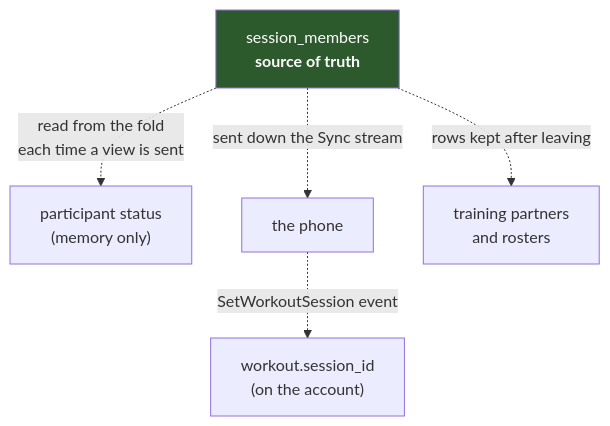
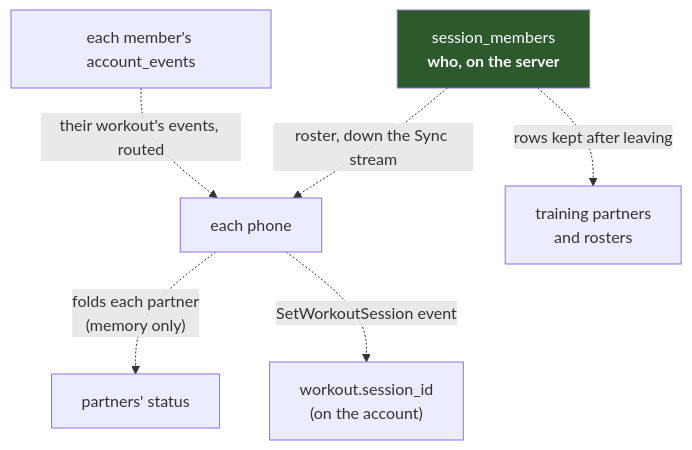
Before and after one commit to brensch/lift: the first of 4 diagrams in docs/architecture/multiplayer.md, drawn with Mermaid. The commit also changed other lines of this file and 68 other files, not shown here.

````diff
--- a/docs/architecture/multiplayer.md
+++ b/docs/architecture/multiplayer.md
@@ -21,10 +22,12 @@
 ```mermaid
 graph TD
-    sm["session_members<br/><b>source of truth</b>"]
-    sm -.->|"read from the fold<br/>each time a view is sent"| ps["participant status<br/>(memory only)"]
-    sm -.->|"sent down the Sync stream"| ph["the phone"]
+    sm["session_members<br/><b>who, on the server</b>"]
+    ev["each member's account_events"]
+    sm -.->|"roster, down the Sync stream"| ph["each phone"]
+    ev -.->|"their workout's events, routed"| ph
+    ph -.->|"folds each partner<br/>(memory only)"| ps["partners' status"]
     ph -.->|"SetWorkoutSession event"| ws["workout.session_id<br/>(on the account)"]
     sm -.->|"rows kept after leaving"| tp["training partners<br/>and rosters"]
 
     style sm fill:#2d5a2d,color:#fff
 ```
````
